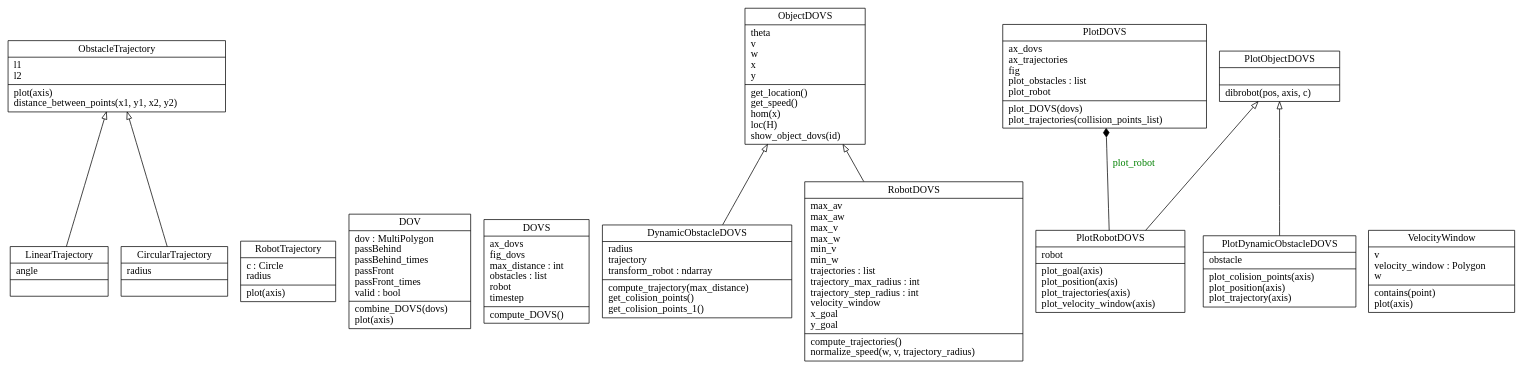
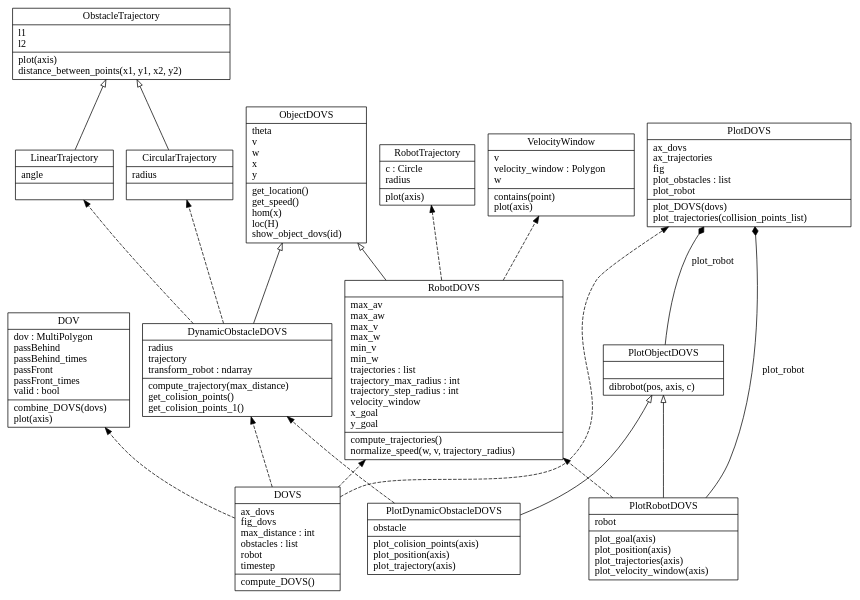
The diagram in Codigo/DOVS/classes_DOVS.dot (JorgeMG117/DOVS), drawn with Graphviz before and after one commit. The commit also changed 9 other files, not shown here.

```diff
--- a/Codigo/DOVS/classes_DOVS.dot
+++ b/Codigo/DOVS/classes_DOVS.dot
@@ -1,32 +1,59 @@
 digraph "classes_DOVS" {
 rankdir=BT
 charset="utf-8"
 
 "trajectory.LinearTrajectory" [color="black", fontcolor="black", label="{LinearTrajectory|angle\l|}", shape="record", style="solid"];
 "trajectory.CircularTrajectory" [color="black", fontcolor="black", label="{CircularTrajectory|radius\l|}", shape="record", style="solid"];
 "trajectory.RobotTrajectory" [color="black", fontcolor="black", label="{RobotTrajectory|c : Circle\lradius\l|plot(axis)\l}", shape="record", style="solid"];
 "trajectory.ObstacleTrajectory" [color="black", fontcolor="black", label="{ObstacleTrajectory|l1\ll2\l|plot(axis)\ldistance_between_points(x1, y1, x2, y2)\l}", shape="record", style="solid"];
 
 
 "dov.DOV" [color="black", fontcolor="black", label="{DOV|dov : MultiPolygon\lpassBehind\lpassBehind_times\lpassFront\lpassFront_times\lvalid : bool\l|combine_DOVS(dovs)\lplot(axis)\l}", shape="record", style="solid"];
+
+
 "dovs.DOVS" [color="black", fontcolor="black", label="{DOVS|ax_dovs\lfig_dovs\lmax_distance : int\lobstacles : list\lrobot\ltimestep\l|compute_DOVS()\l}", shape="record", style="solid"];
+
+
 "object_dovs.DynamicObstacleDOVS" [color="black", fontcolor="black", label="{DynamicObstacleDOVS|radius\ltrajectory\ltransform_robot : ndarray\l|compute_trajectory(max_distance)\lget_colision_points()\lget_colision_points_1()\l}", shape="record", style="solid"];
+"object_dovs.ObjectDOVS" [color="black", fontcolor="black", label="{ObjectDOVS|theta\lv\lw\lx\ly\l|get_location()\lget_speed()\lhom(x)\lloc(H)\lshow_object_dovs(id)\l}", shape="record", style="solid"];
+"object_dovs.RobotDOVS" [color="black", fontcolor="black", label="{RobotDOVS|max_av\lmax_aw\lmax_v\lmax_w\lmin_v\lmin_w\ltrajectories : list\ltrajectory_max_radius : int\ltrajectory_step_radius : int\lvelocity_window\lx_goal\ly_goal\l|compute_trajectories()\lnormalize_speed(w, v, trajectory_radius)\l}", shape="record", style="solid"];
 
-"object_dovs.ObjectDOVS" [color="black", fontcolor="black", label="{ObjectDOVS|theta\lv\lw\lx\ly\l|get_location()\lget_speed()\lhom(x)\lloc(H)\lshow_object_dovs(id)\l}", shape="record", style="solid"];
+
+"velocity_window.VelocityWindow" [color="black", fontcolor="black", label="{VelocityWindow|v\lvelocity_window : Polygon\lw\l|contains(point)\lplot(axis)\l}", shape="record", style="solid"];
+
+
 "plot_dovs.PlotDOVS" [color="black", fontcolor="black", label="{PlotDOVS|ax_dovs\lax_trajectories\lfig\lplot_obstacles : list\lplot_robot\l|plot_DOVS(dovs)\lplot_trajectories(collision_points_list)\l}", shape="record", style="solid"];
 "plot_dovs.PlotDynamicObstacleDOVS" [color="black", fontcolor="black", label="{PlotDynamicObstacleDOVS|obstacle\l|plot_colision_points(axis)\lplot_position(axis)\lplot_trajectory(axis)\l}", shape="record", style="solid"];
 "plot_dovs.PlotObjectDOVS" [color="black", fontcolor="black", label="{PlotObjectDOVS|\l|dibrobot(pos, axis, c)\l}", shape="record", style="solid"];
 "plot_dovs.PlotRobotDOVS" [color="black", fontcolor="black", label="{PlotRobotDOVS|robot\l|plot_goal(axis)\lplot_position(axis)\lplot_trajectories(axis)\lplot_velocity_window(axis)\l}", shape="record", style="solid"];
-"object_dovs.RobotDOVS" [color="black", fontcolor="black", label="{RobotDOVS|max_av\lmax_aw\lmax_v\lmax_w\lmin_v\lmin_w\ltrajectories : list\ltrajectory_max_radius : int\ltrajectory_step_radius : int\lvelocity_window\lx_goal\ly_goal\l|compute_trajectories()\lnormalize_speed(w, v, trajectory_radius)\l}", shape="record", style="solid"];
-"velocity_window.VelocityWindow" [color="black", fontcolor="black", label="{VelocityWindow|v\lvelocity_window : Polygon\lw\l|contains(point)\lplot(axis)\l}", shape="record", style="solid"];
+
 
 "object_dovs.DynamicObstacleDOVS" -> "object_dovs.ObjectDOVS" [arrowhead="empty", arrowtail="none"];
 "object_dovs.RobotDOVS" -> "object_dovs.ObjectDOVS" [arrowhead="empty", arrowtail="none"];
 "plot_dovs.PlotDynamicObstacleDOVS" -> "plot_dovs.PlotObjectDOVS" [arrowhead="empty", arrowtail="none"];
 "plot_dovs.PlotRobotDOVS" -> "plot_dovs.PlotObjectDOVS" [arrowhead="empty", arrowtail="none"];
 "trajectory.CircularTrajectory" -> "trajectory.ObstacleTrajectory" [arrowhead="empty", arrowtail="none"];
 "trajectory.LinearTrajectory" -> "trajectory.ObstacleTrajectory" [arrowhead="empty", arrowtail="none"];
-"plot_dovs.PlotRobotDOVS" -> "plot_dovs.PlotDOVS" [arrowhead="diamond", arrowtail="none", fontcolor="green", label="plot_robot", style="solid"];
+"plot_dovs.PlotRobotDOVS" -> "plot_dovs.PlotDOVS" [arrowhead="diamond", arrowtail="none", fontcolor="black", label="plot_robot", style="solid"];
+
+
+
+
+"plot_dovs.PlotRobotDOVS" -> "object_dovs.RobotDOVS" [arrowhead="normal", arrowtail="none", style="dashed"];
+"plot_dovs.PlotDynamicObstacleDOVS" -> "object_dovs.DynamicObstacleDOVS" [arrowhead="normal", arrowtail="none", style="dashed"];
+
+"object_dovs.RobotDOVS" -> "velocity_window.VelocityWindow" [arrowhead="normal", arrowtail="none", style="dashed"];
+
+"dovs.DOVS" -> "object_dovs.RobotDOVS" [arrowhead="normal", arrowtail="none", style="dashed"];
+"dovs.DOVS" -> "object_dovs.DynamicObstacleDOVS" [arrowhead="normal", arrowtail="none", style="dashed"];
+"dovs.DOVS" -> "plot_dovs.PlotDOVS" [arrowhead="normal", arrowtail="none", style="dashed"];
+"dovs.DOVS" -> "dov.DOV" [arrowhead="normal", arrowtail="none", style="dashed"];
+
+"object_dovs.DynamicObstacleDOVS" -> "trajectory.LinearTrajectory" [arrowhead="normal", arrowtail="none", style="dashed"];
+"object_dovs.DynamicObstacleDOVS" -> "trajectory.CircularTrajectory" [arrowhead="normal", arrowtail="none", style="dashed"];
+"object_dovs.RobotDOVS" -> "trajectory.RobotTrajectory" [arrowhead="normal", arrowtail="none", style="dashed"];
+
+"plot_dovs.PlotObjectDOVS" -> "plot_dovs.PlotDOVS" [arrowhead="diamond", arrowtail="none", fontcolor="black", label="plot_robot", style="solid"];
 
 
 }
```
